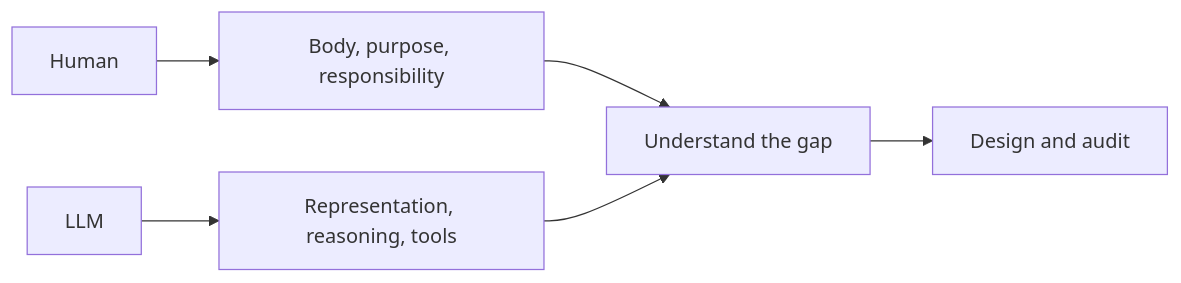
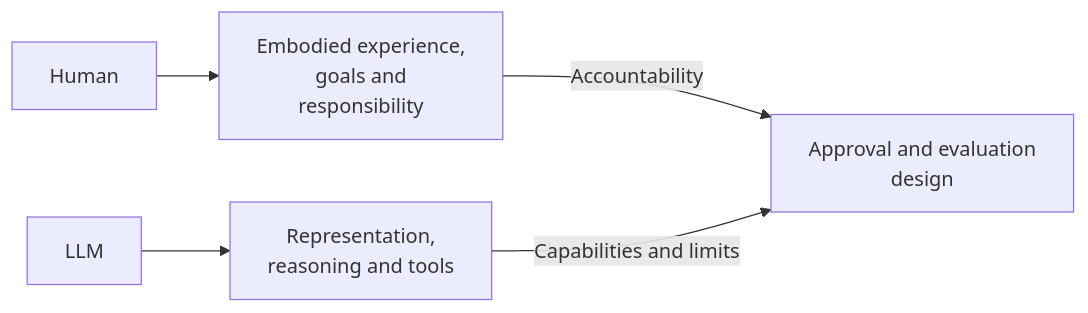
The fourth of 13 diagrams in articles/report/ai-llm-ontology-memory/en/index.mdx (daylight55/research), drawn with Mermaid before and after one commit. The commit also changed other lines of this file and 181 other files, not shown here.

First line of the commit message:
全記事の図解368点を再生成し、共通注意書きを削除 (#402)

````diff
--- a/articles/report/ai-llm-ontology-memory/en/index.mdx
+++ b/articles/report/ai-llm-ontology-memory/en/index.mdx
@@ -125,8 +145,14 @@
 ```mermaid
 flowchart LR
-  H["Human"] --> HC["Body, purpose, responsibility"]
-  L["LLM"] --> LC["Representation, reasoning, tools"]
-  HC --> G["Understand the gap"]
-  LC --> G
-  G --> D["Design and audit"]
+  accTitle: Compare human and LLM capabilities and responsibility
+  accDescr: Design operations around the distinction between human embodied experience, goals and responsibility, and LLM representation, reasoning and tool use.
+  N0["Human"]
+  N1["Embodied experience,<br/>goals and<br/>responsibility"]
+  N2["LLM"]
+  N3["Representation,<br/>reasoning and tools"]
+  N4["Approval and evaluation<br/>design"]
+  N0 --> N1
+  N2 --> N3
+  N1 -->|Accountability| N4
+  N3 -->|Capabilities and limits| N4
 ```
````
